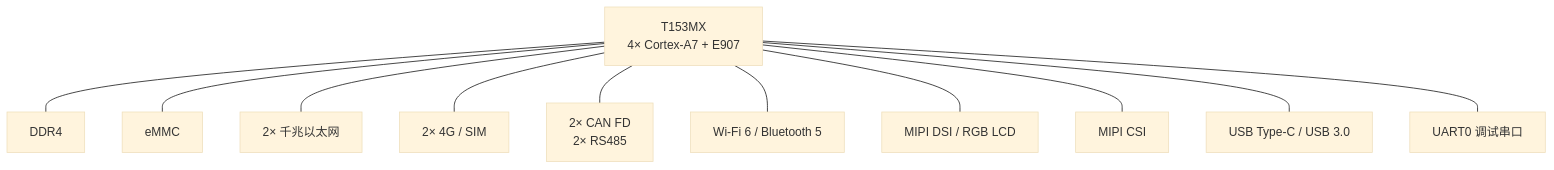
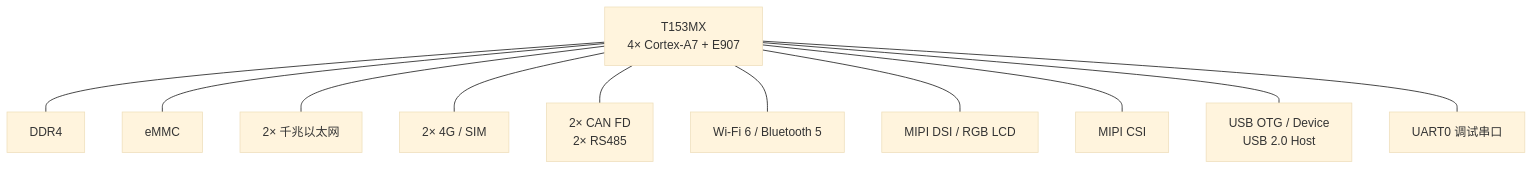
Before and after one commit to 100askTeam/linuxboard-docs: the diagram in docs/T153MX/01-BoardIntroduction.md, drawn with Mermaid (base theme). The commit also changed other lines of this file and 26 other files, not shown here.

````diff
--- a/docs/T153MX/01-BoardIntroduction.md
+++ b/docs/T153MX/01-BoardIntroduction.md
@@ -49,25 +114,25 @@
 ```mermaid
 flowchart TB
     SOC[T153MX<br/>4× Cortex-A7 + E907]
     DDR[DDR4]
     EMMC[eMMC]
     NET[2× 千兆以太网]
     CELL[2× 4G / SIM]
     BUS[2× CAN FD<br/>2× RS485]
     WIFI[Wi-Fi 6 / Bluetooth 5]
     DISP[MIPI DSI / RGB LCD]
     CAM[MIPI CSI]
-    USB[USB Type-C / USB 3.0]
+    USB[USB OTG / Device<br/>USB 2.0 Host]
     DEBUG[UART0 调试串口]
 
     SOC --- DDR
     SOC --- EMMC
     SOC --- NET
     SOC --- CELL
     SOC --- BUS
     SOC --- WIFI
     SOC --- DISP
     SOC --- CAM
     SOC --- USB
     SOC --- DEBUG
 ```
````
